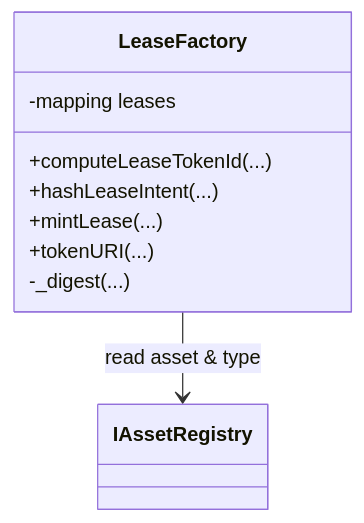
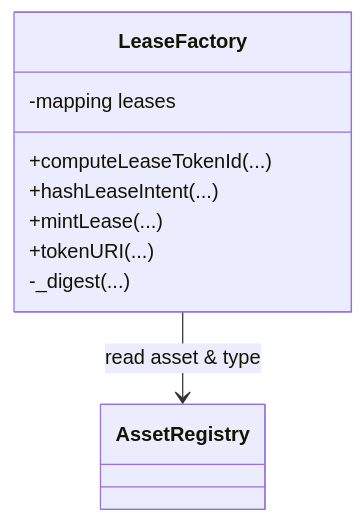
One commit to faas-tech/space-markets changed the second of 2 diagrams in docs/contract-specific/LeaseFactory.md. Above: the diagram before and after it, drawn with Mermaid. The commit also changed other lines of this file and 33 other files, not shown here.

````diff
--- a/docs/contract-specific/LeaseFactory.md
+++ b/docs/contract-specific/LeaseFactory.md
@@ -56,13 +60,13 @@
 ```mermaid
 classDiagram
   class LeaseFactory {
     +computeLeaseTokenId(...)
     +hashLeaseIntent(...)
     +mintLease(...)
     +tokenURI(...)
     -_digest(...)
     -mapping leases
   }
-  class IAssetRegistry
-  LeaseFactory --> IAssetRegistry : read asset & type
+  class AssetRegistry
+  LeaseFactory --> AssetRegistry : read asset & type
 ```
````
